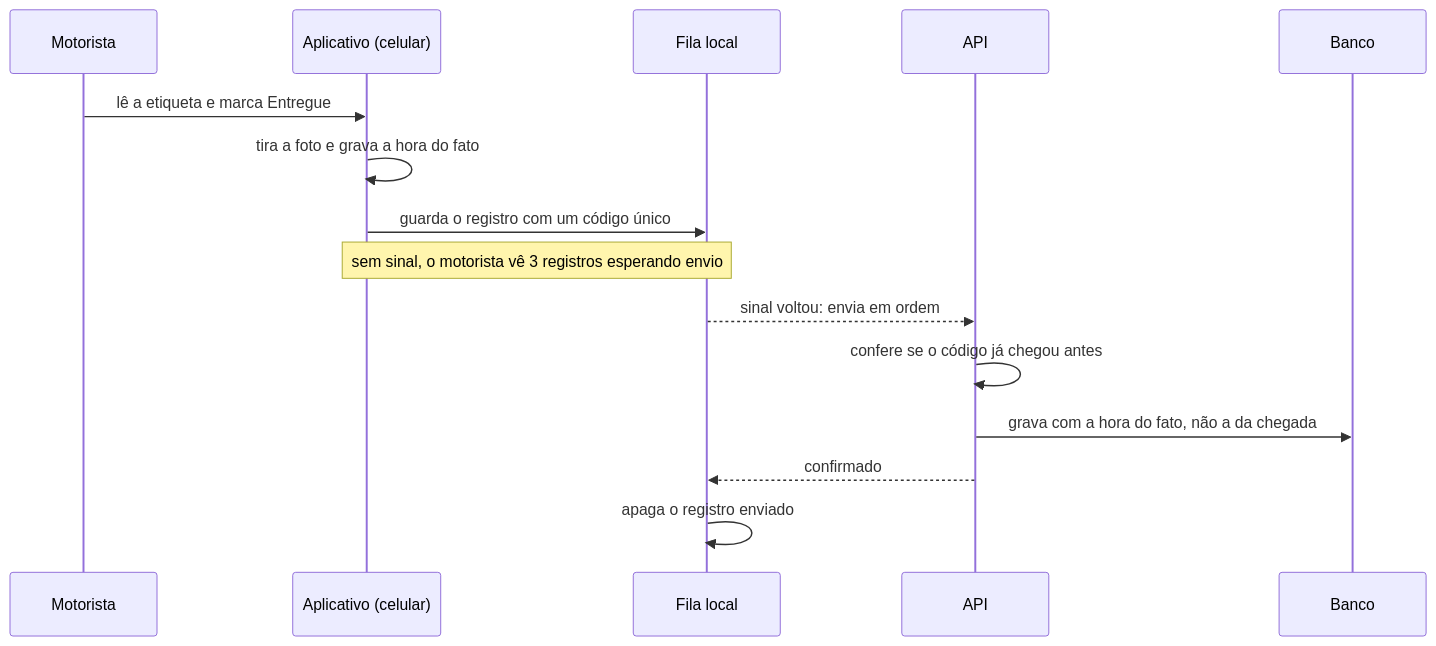
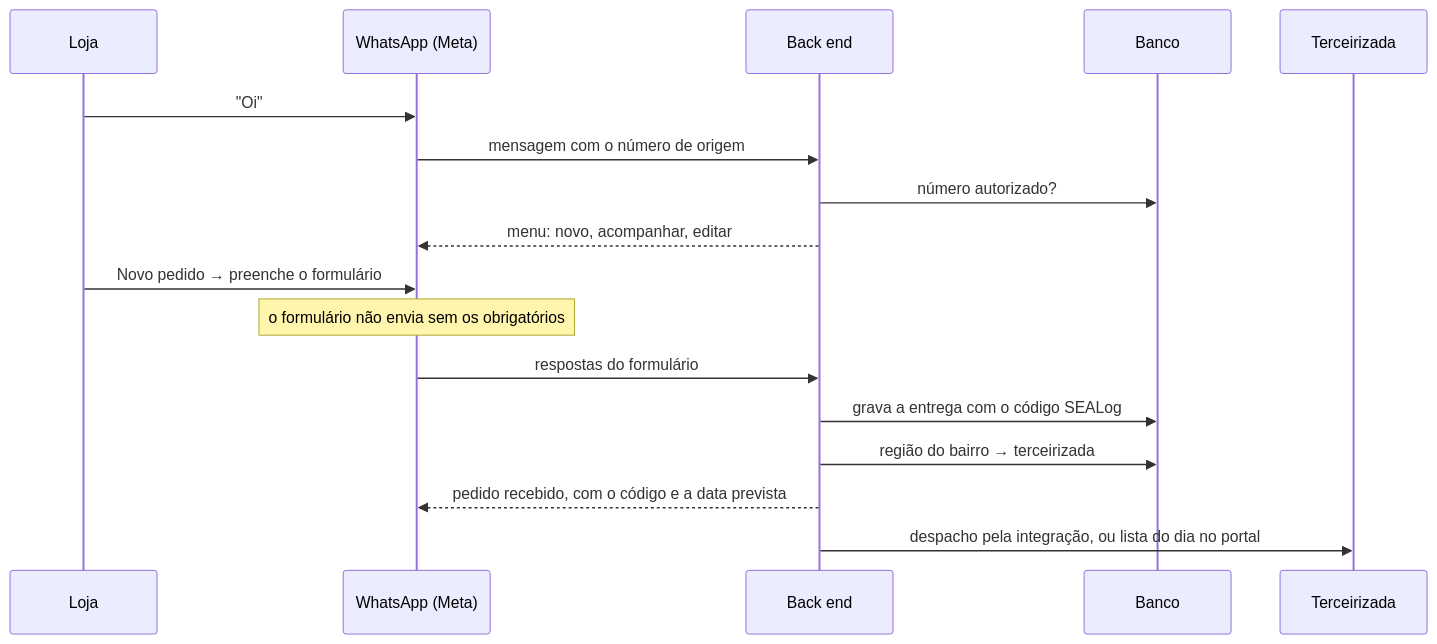
The third of 5 diagrams in docs/00-visao-geral/arquitetura.md (dudarmouras/seal-requisitos), drawn with Mermaid before and after one commit. The commit also changed other lines of this file and 12 other files, not shown here.

````diff
--- a/docs/00-visao-geral/arquitetura.md
+++ b/docs/00-visao-geral/arquitetura.md
@@ -101,18 +116,20 @@
 ```mermaid
 sequenceDiagram
-  participant M as Motorista
-  participant A as Aplicativo (celular)
-  participant F as Fila local
-  participant S as API
+  participant L as Loja
+  participant W as WhatsApp (Meta)
+  participant S as Back end
   participant B as Banco
+  participant T as Terceirizada
 
-  M->>A: lê a etiqueta e marca Entregue
-  A->>A: tira a foto e grava a hora do fato
-  A->>F: guarda o registro com um código único
-  Note over A,F: sem sinal, o motorista vê 3 registros esperando envio
-  F-->>S: sinal voltou: envia em ordem
-  S->>S: confere se o código já chegou antes
-  S->>B: grava com a hora do fato, não a da chegada
-  S-->>F: confirmado
-  F->>F: apaga o registro enviado
+  L->>W: "Oi"
+  W->>S: mensagem com o número de origem
+  S->>B: número autorizado?
+  S-->>W: menu: novo, acompanhar, editar
+  L->>W: Novo pedido → preenche o formulário
+  Note over W: o formulário não envia sem os obrigatórios
+  W->>S: respostas do formulário
+  S->>B: grava a entrega com o código SEALog
+  S->>B: região do bairro → terceirizada
+  S-->>W: pedido recebido, com o código e a data prevista
+  S->>T: despacho pela integração, ou lista do dia no portal
 ```
````
